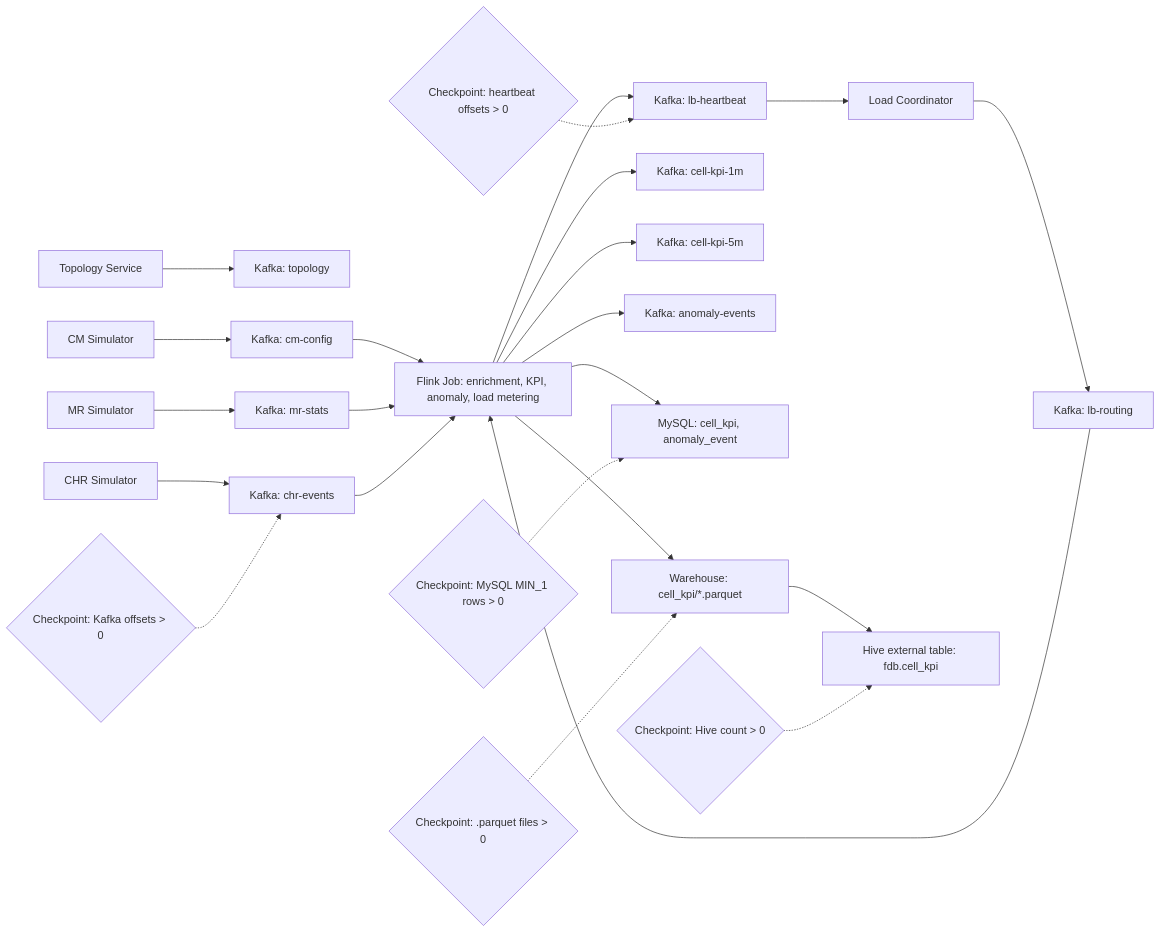
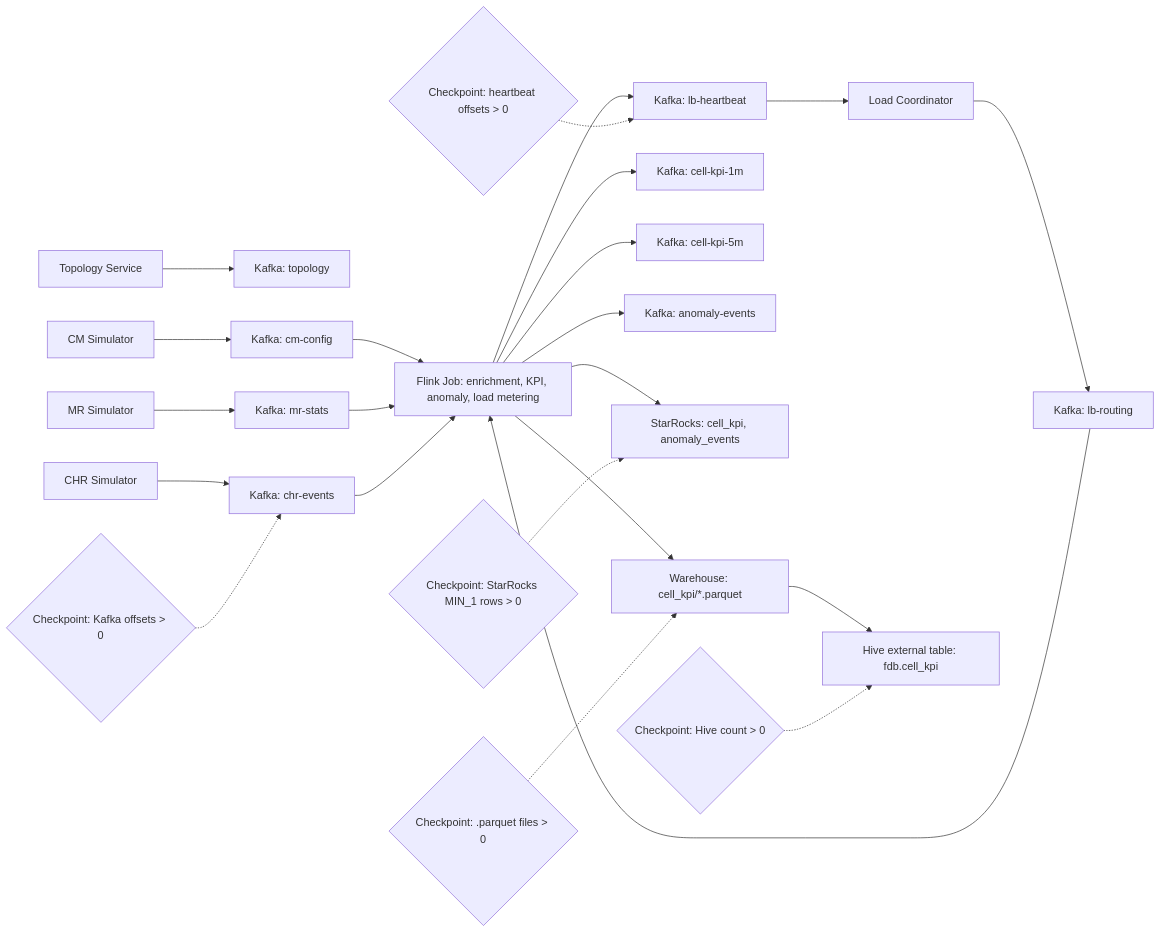
The diagram in README.md (w00125533/flink-data-balance), drawn with Mermaid before and after one commit. The commit also changed other lines of this file and 28 other files, not shown here.

````diff
--- a/README.md
+++ b/README.md
@@ -199,29 +251,29 @@
 ```mermaid
 flowchart LR
     TG["Topology Service"] --> KTopology["Kafka: topology"]
     CM["CM Simulator"] --> KCM["Kafka: cm-config"]
     MR["MR Simulator"] --> KMR["Kafka: mr-stats"]
     CHR["CHR Simulator"] --> KCHR["Kafka: chr-events"]
 
     KCM --> Flink["Flink Job: enrichment, KPI, anomaly, load metering"]
     KMR --> Flink
     KCHR --> Flink
     KRouting["Kafka: lb-routing"] --> Flink
 
     Flink --> KHeartbeat["Kafka: lb-heartbeat"]
     KHeartbeat --> Coordinator["Load Coordinator"]
     Coordinator --> KRouting
 
     Flink --> KKpi1m["Kafka: cell-kpi-1m"]
     Flink --> KKpi5m["Kafka: cell-kpi-5m"]
     Flink --> KAnomaly["Kafka: anomaly-events"]
-    Flink --> MySQL["MySQL: cell_kpi, anomaly_event"]
+    Flink --> StarRocks["StarRocks: cell_kpi, anomaly_events"]
     Flink --> Parquet["Warehouse: cell_kpi/*.parquet"]
     Parquet --> Hive["Hive external table: fdb.cell_kpi"]
 
     CheckKafka{"Checkpoint: Kafka offsets > 0"} -.-> KCHR
-    CheckMySQL{"Checkpoint: MySQL MIN_1 rows > 0"} -.-> MySQL
+    CheckStarRocks{"Checkpoint: StarRocks MIN_1 rows > 0"} -.-> StarRocks
     CheckHeartbeat{"Checkpoint: heartbeat offsets > 0"} -.-> KHeartbeat
     CheckParquet{"Checkpoint: .parquet files > 0"} -.-> Parquet
     CheckHive{"Checkpoint: Hive count > 0"} -.-> Hive
 ```
````
